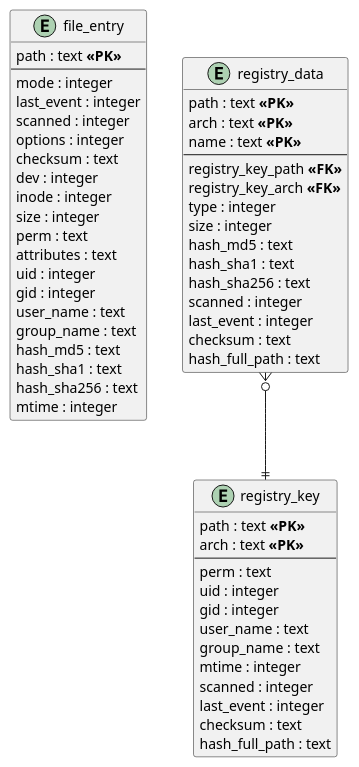
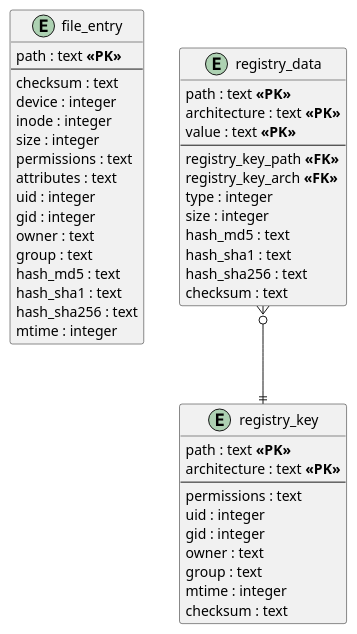
Before and after one commit to wazuh/wazuh: the diagram in architecture/FIM/db/ER-diagram.puml, drawn with PlantUML. The commit also changed 7 other files, not shown here.

Commit message:
fix: adapt architecture diagrams after FIM changes

```diff
--- a/architecture/FIM/db/ER-diagram.puml
+++ b/architecture/FIM/db/ER-diagram.puml
@@ -1,62 +1,52 @@
 @startuml ER FIM DB
 
 entity "file_entry" {
   path : text **<<PK>>**
   --
-  mode : integer
-  last_event : integer
-  scanned : integer
-  options : integer
   checksum : text
-  dev : integer
+  device : integer
   inode : integer
   size : integer
-  perm : text
+  permissions : text
   attributes : text
   uid : integer
   gid : integer
-  user_name : text
-  group_name : text
+  owner : text
+  group : text
   hash_md5 : text
   hash_sha1 : text
   hash_sha256 : text
   mtime : integer
 }
 
 entity "registry_key" {
   path : text **<<PK>>**
-  arch : text **<<PK>>**
+  architecture : text **<<PK>>**
   --
-  perm : text 
+  permissions : text
   uid : integer
   gid : integer
-  user_name : text
-  group_name : text
+  owner : text
+  group : text
   mtime : integer
-  scanned : integer
-  last_event : integer
   checksum : text
-  hash_full_path : text
 }
 
 entity "registry_data" {
   path : text **<<PK>>**
-  arch : text **<<PK>>**
-  name : text **<<PK>>**
+  architecture : text **<<PK>>**
+  value : text **<<PK>>**
   --
   registry_key_path **<<FK>>**
   registry_key_arch **<<FK>>**
   type : integer
   size : integer
   hash_md5 : text
   hash_sha1 : text
   hash_sha256 : text
-  scanned : integer
-  last_event : integer
   checksum : text
-  hash_full_path : text
 }
 registry_data }o--|| registry_key
 
 
 @enduml
```
